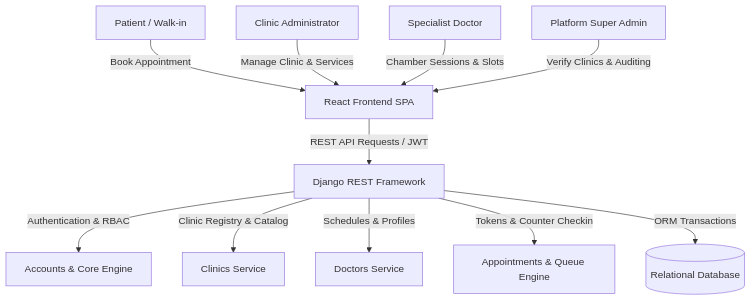
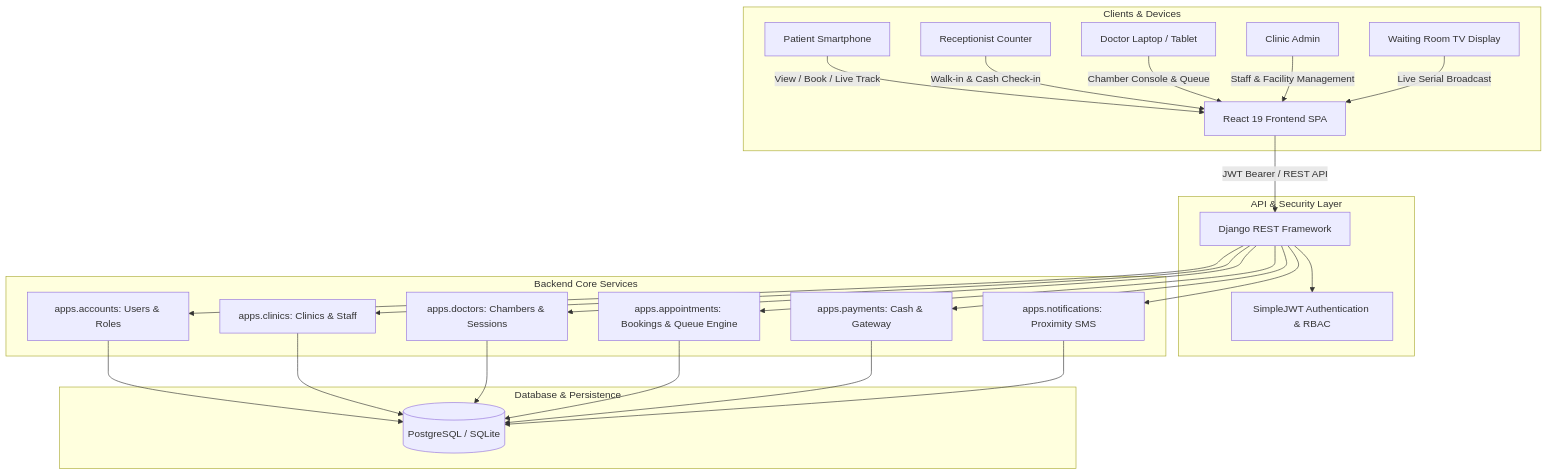
The first of 2 diagrams in README.md (Ishtiak-Ahmed886/Final_Year_Project_version1), drawn with Mermaid before and after one commit. The commit also changed other lines of this file and 44 other files, not shown here.

````diff
--- a/README.md
+++ b/README.md
@@ -58,15 +79,28 @@
 ```mermaid
 graph TD
-    A[Patient / Walk-in] -->|Book Appointment| B[React Frontend SPA]
-    C[Clinic Administrator] -->|Manage Clinic & Services| B
-    D[Specialist Doctor] -->|Chamber Sessions & Slots| B
-    E[Platform Super Admin] -->|Verify Clinics & Auditing| B
-    
-    B -->|REST API Requests / JWT| F[Django REST Framework]
-    F -->|Authentication & RBAC| G[Accounts & Core Engine]
-    F -->|Clinic Registry & Catalog| H[Clinics Service]
-    F -->|Schedules & Profiles| I[Doctors Service]
-    F -->|Tokens & Counter Checkin| J[Appointments & Queue Engine]
-    
-    F -->|ORM Transactions| K[(Relational Database)]
+    subgraph "Clients & Devices"
+        P[Patient Smartphone] -->|View / Book / Live Track| FE[React 19 Frontend SPA]
+        R[Receptionist Counter] -->|Walk-in & Cash Check-in| FE
+        D[Doctor Laptop / Tablet] -->|Chamber Console & Queue| FE
+        A[Clinic Admin] -->|Staff & Facility Management| FE
+        TV[Waiting Room TV Display] -->|Live Serial Broadcast| FE
+    end
+
+    subgraph "API & Security Layer"
+        FE -->|JWT Bearer / REST API| DRF[Django REST Framework]
+        DRF --> Auth[SimpleJWT Authentication & RBAC]
+    end
+
+    subgraph "Backend Core Services"
+        DRF --> Acc[apps.accounts: Users & Roles]
+        DRF --> Cln[apps.clinics: Clinics & Staff]
+        DRF --> Doc[apps.doctors: Chambers & Sessions]
+        DRF --> Apt[apps.appointments: Bookings & Queue Engine]
+        DRF --> Pay[apps.payments: Cash & Gateway]
+        DRF --> Not[apps.notifications: Proximity SMS]
+    end
+
+    subgraph "Database & Persistence"
+        Acc & Cln & Doc & Apt & Pay & Not --> DB[(PostgreSQL / SQLite)]
+    end
 ```
````
